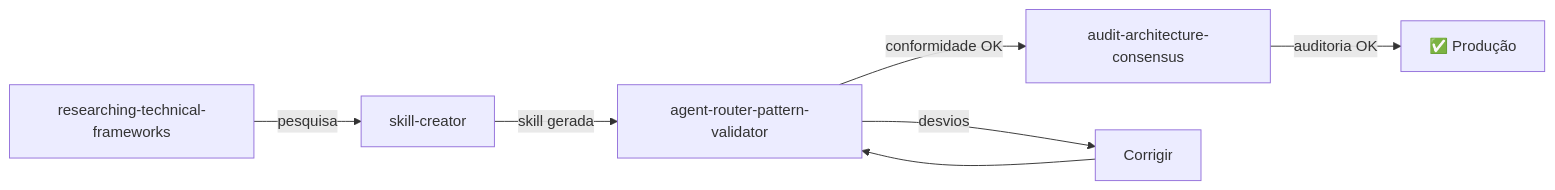
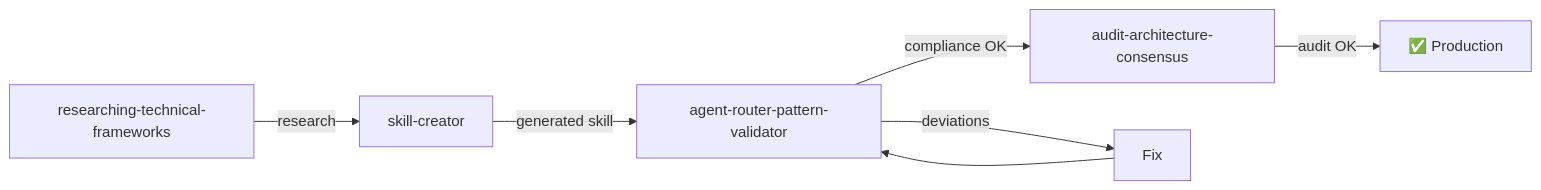
One commit to rodrigo-mendes/agents-factory changed the diagram in docs/capacidades/prompts-framework.md. Above: the diagram before and after it, drawn with Mermaid. The commit also changed other lines of this file and 70 other files, not shown here.

````diff
--- a/docs/capacidades/prompts-framework.md
+++ b/docs/capacidades/prompts-framework.md
@@ -61,9 +61,9 @@
 ```mermaid
 graph LR
-    A[researching-technical-frameworks] -->|pesquisa| B[skill-creator]
-    B -->|skill gerada| C[agent-router-pattern-validator]
-    C -->|conformidade OK| D[audit-architecture-consensus]
-    D -->|auditoria OK| E[✅ Produção]
-    C -->|desvios| FIX[Corrigir]
+    A[researching-technical-frameworks] -->|research| B[skill-creator]
+    B -->|generated skill| C[agent-router-pattern-validator]
+    C -->|compliance OK| D[audit-architecture-consensus]
+    D -->|audit OK| E[✅ Production]
+    C -->|deviations| FIX[Fix]
     FIX --> C
 ```
````
